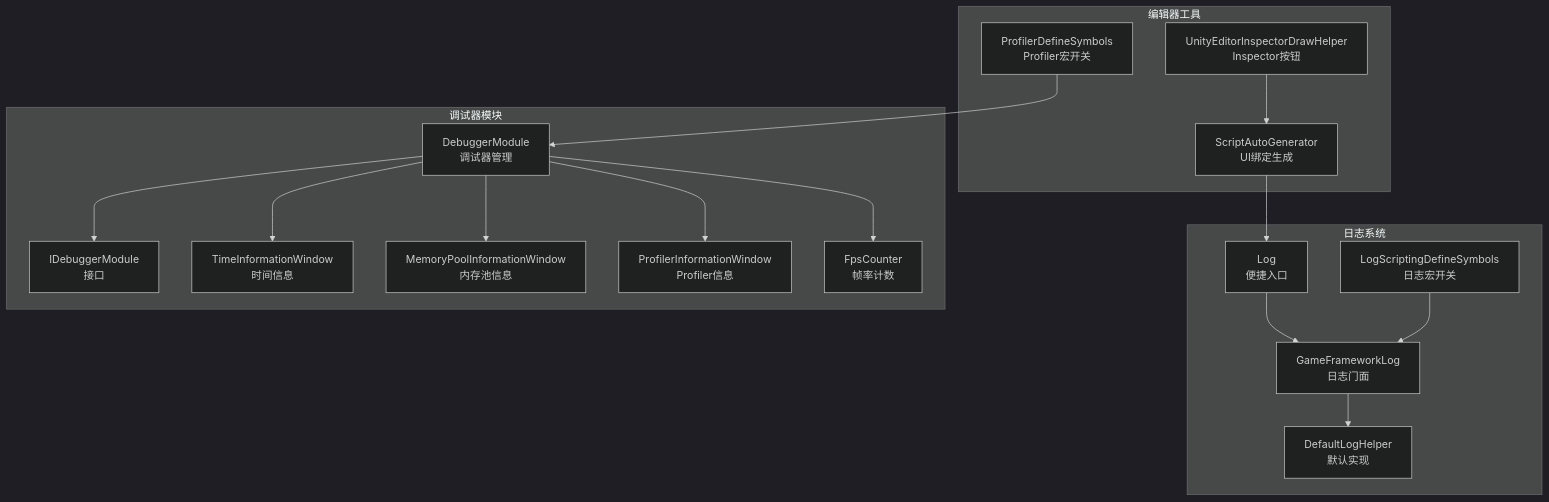
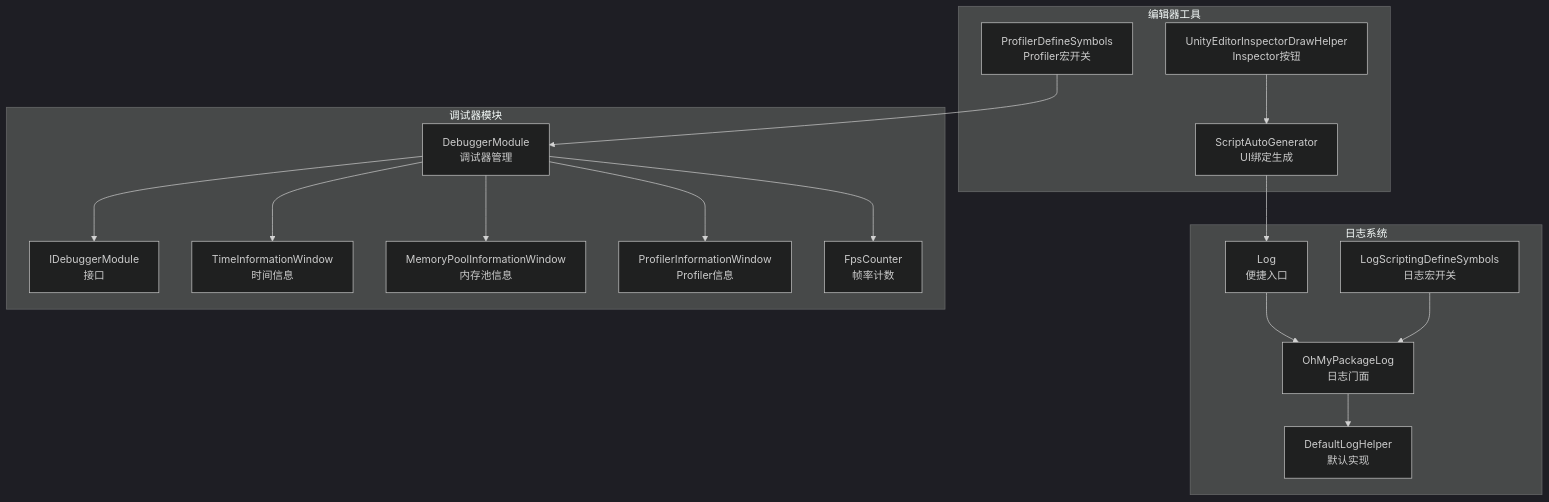
The first of 7 diagrams in repowiki/zh/content/开发者指南/故障排除指南/调试技巧指南.md (OxygenIsland/MyGame), drawn with Mermaid (dark theme) before and after one commit. The commit also changed other lines of this file and 34 other files, not shown here.

````diff
--- a/repowiki/zh/content/开发者指南/故障排除指南/调试技巧指南.md
+++ b/repowiki/zh/content/开发者指南/故障排除指南/调试技巧指南.md
@@ -45,33 +45,33 @@
 ```mermaid
 graph TB
 subgraph "日志系统"
-A["GameFrameworkLog<br/>日志门面"]
+A["OhMyPackageLog<br/>日志门面"]
 B["DefaultLogHelper<br/>默认实现"]
 C["Log<br/>便捷入口"]
 D["LogScriptingDefineSymbols<br/>日志宏开关"]
 end
 subgraph "调试器模块"
 E["DebuggerModule<br/>调试器管理"]
 F["IDebuggerModule<br/>接口"]
 G["TimeInformationWindow<br/>时间信息"]
 H["MemoryPoolInformationWindow<br/>内存池信息"]
 I["ProfilerInformationWindow<br/>Profiler信息"]
 J["FpsCounter<br/>帧率计数"]
 end
 subgraph "编辑器工具"
 K["ProfilerDefineSymbols<br/>Profiler宏开关"]
 L["ScriptAutoGenerator<br/>UI绑定生成"]
 M["UnityEditorInspectorDrawHelper<br/>Inspector按钮"]
 end
 A --> B
 C --> A
 D --> A
 E --> F
 E --> G
 E --> H
 E --> I
 E --> J
 K --> E
 L --> C
 M --> L
 ```
````
